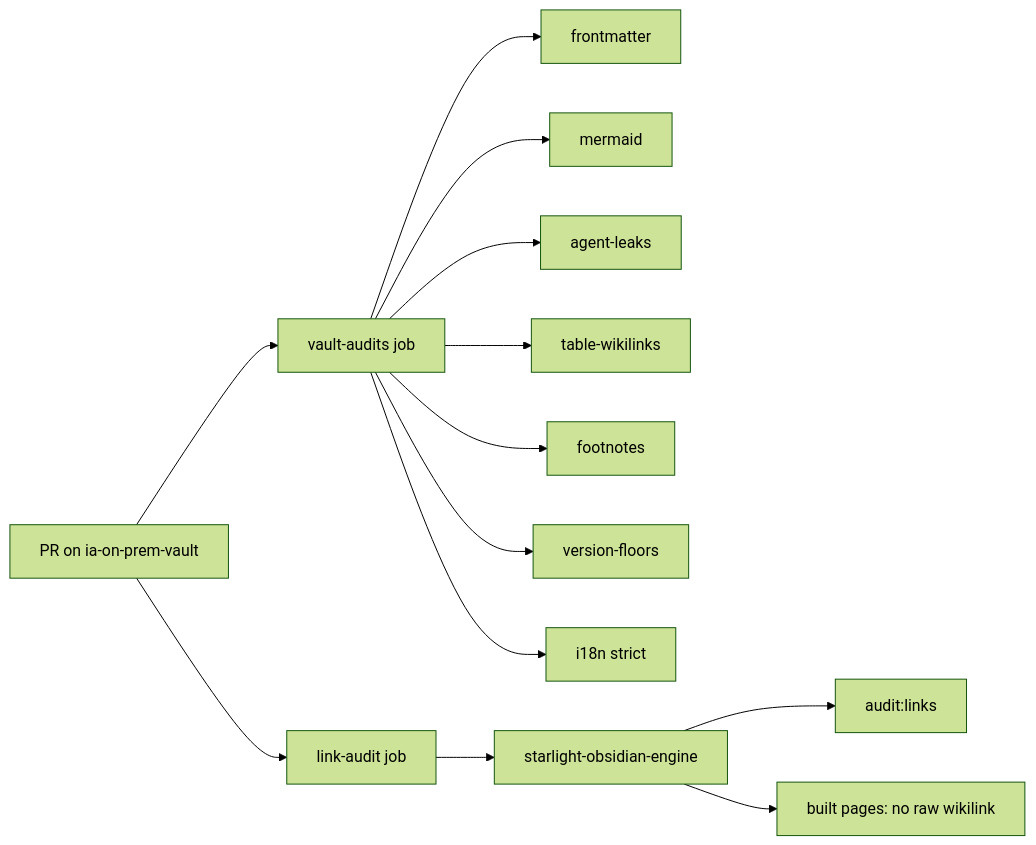
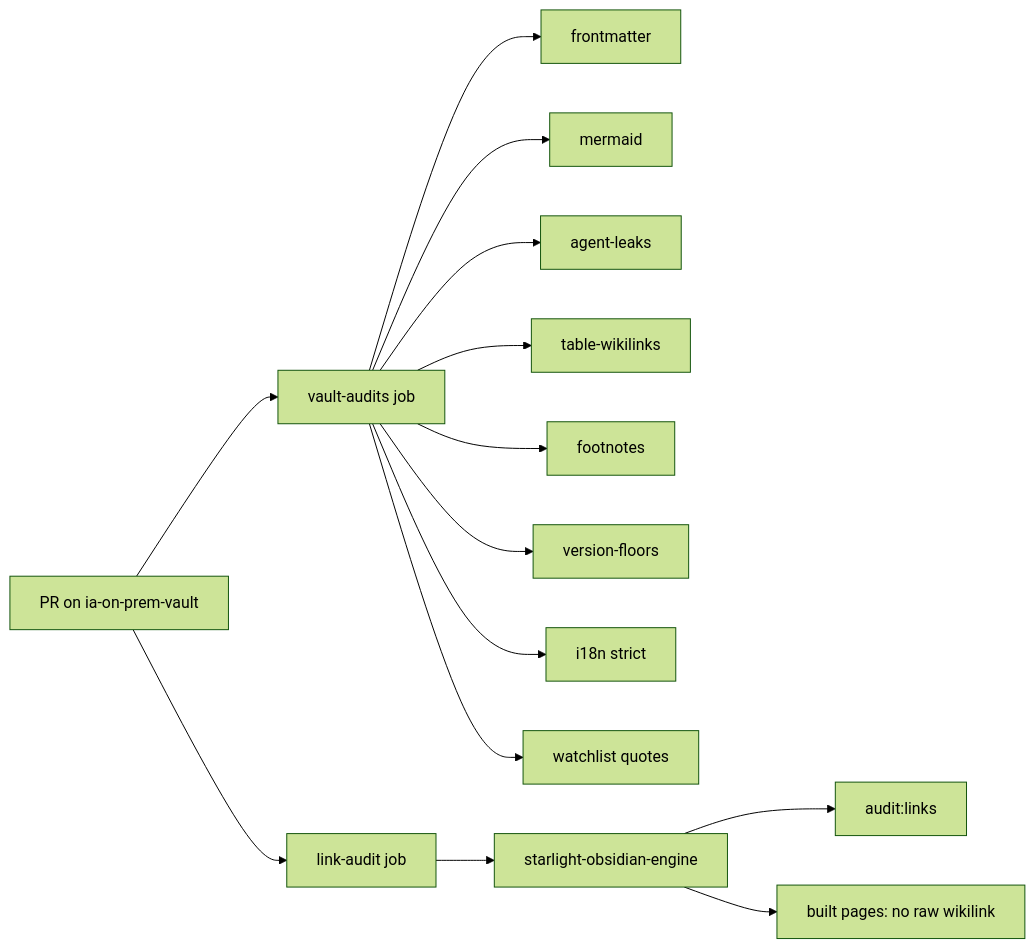
One commit to DamienBecherini/ia-on-prem-vault changed the diagram in docs/quality-checks.md. Above: the diagram before and after it, drawn with Mermaid (forest theme). The commit also changed other lines of this file and 10 other files, not shown here.

Commit message:
chore(watchlist): every row quotes its page as it reads today; audit:watchlist-quotes strict in npm test (#124)

````diff
--- a/docs/quality-checks.md
+++ b/docs/quality-checks.md
@@ -17,15 +17,16 @@
 ```mermaid
 flowchart LR
   PR[PR on ia-on-prem-vault] --> VA[vault-audits job]
   PR --> LA[link-audit job]
   VA --> T1[frontmatter]
   VA --> T2[mermaid]
   VA --> T3[agent-leaks]
   VA --> T5[table-wikilinks]
   VA --> T7[footnotes]
   VA --> T6[version-floors]
   VA --> T4[i18n strict]
+  VA --> T8[watchlist quotes]
   LA --> ENG[starlight-obsidian-engine]
   ENG --> LINKS[audit:links]
   ENG --> RENDER[built pages: no raw wikilink]
 ```
````
